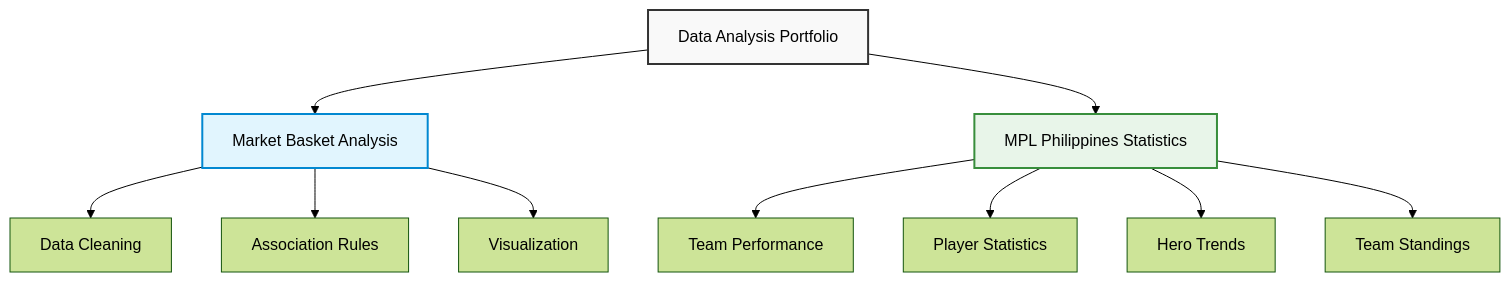
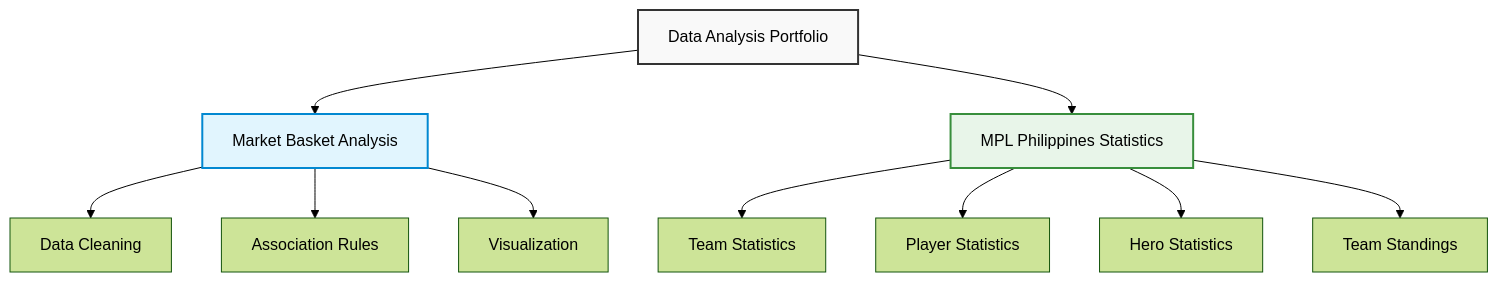
One commit to capsncode/capsncode changed the first of 2 diagrams in README.md. Above: the diagram before and after it, drawn with Mermaid (forest theme).

````diff
--- a/README.md
+++ b/README.md
@@ -28,18 +28,18 @@
   ```mermaid
   graph TD
     A[Data Analysis Portfolio] --> B[Market Basket Analysis]
     A --> C[MPL Philippines Statistics]
     
     B --> B1[Data Cleaning]
     B --> B2[Association Rules]
     B --> B3[Visualization]
     
-    C --> C1[Team Performance]
+    C --> C1[Team Statistics]
     C --> C2[Player Statistics]
-    C --> C3[Hero Trends]
+    C --> C3[Hero Statistics]
     C --> C4[Team Standings]
     
     style A fill:#f9f9f9,stroke:#333,stroke-width:2px
     style B fill:#e1f5fe,stroke:#0288d1,stroke-width:2px
     style C fill:#e8f5e9,stroke:#388e3c,stroke-width:2px
   ```
````
